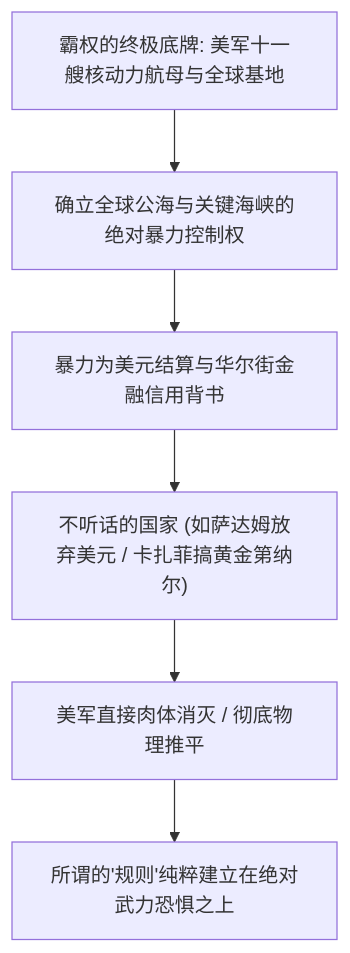
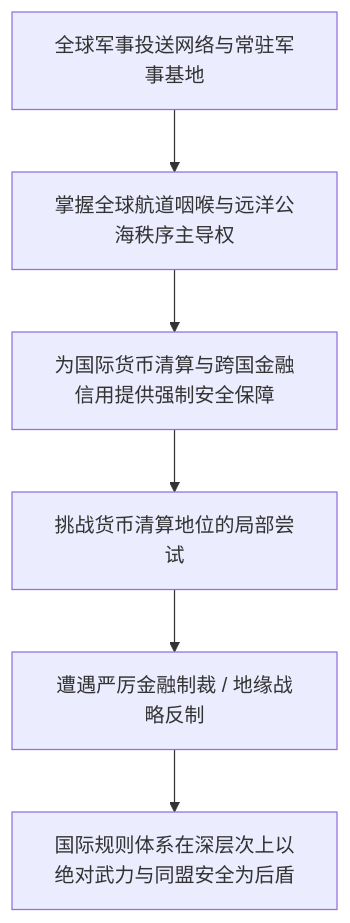
The first of 2 diagrams in src/content/blog/Global Sea Power and the Geopolitics of Modern Empire 2026-10-25.md (Terry-/glog), drawn with Mermaid before and after one commit. The commit also changed other lines of this file and 12 other files, not shown here.

````diff
--- a/src/content/blog/Global Sea Power and the Geopolitics of Modern Empire 2026-10-25.md
+++ b/src/content/blog/Global Sea Power and the Geopolitics of Modern Empire 2026-10-25.md
@@ -26,8 +26,8 @@
 ```mermaid
 flowchart TD
-    A["霸权的终极底牌: 美军十一艘核动力航母与全球基地"] --> B["确立全球公海与关键海峡的绝对暴力控制权"]
-    B --> C["暴力为美元结算与华尔街金融信用背书"]
-    C --> D["不听话的国家 (如萨达姆放弃美元 / 卡扎菲搞黄金第纳尔)"]
-    D --> E["美军直接肉体消灭 / 彻底物理推平"]
-    E --> F["所谓的'规则'纯粹建立在绝对武力恐惧之上"]
+    A["全球军事投送网络与常驻军事基地"] --> B["掌握全球航道咽喉与远洋公海秩序主导权"]
+    B --> C["为国际货币清算与跨国金融信用提供强制安全保障"]
+    C --> D["挑战货币清算地位的局部尝试"]
+    D --> E["遭遇严厉金融制裁 / 地缘战略反制"]
+    E --> F["国际规则体系在深层次上以绝对武力与同盟安全为后盾"]
 ```
````
